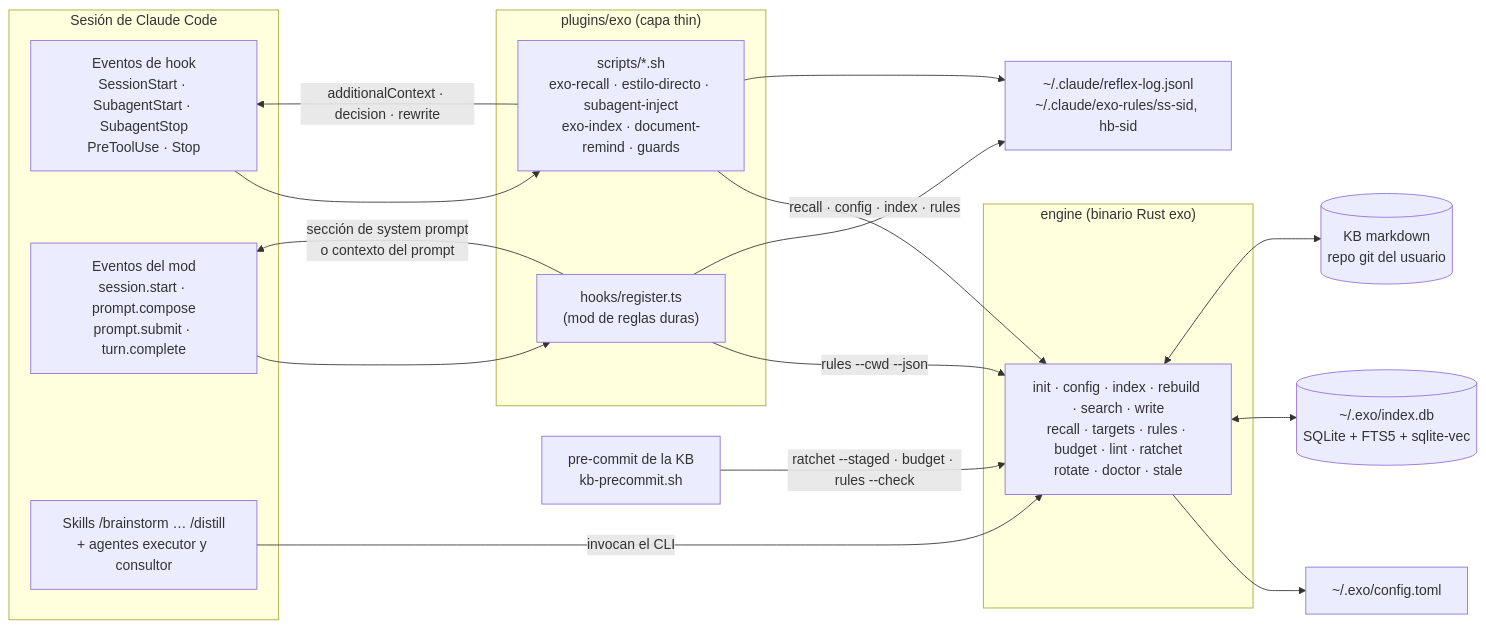
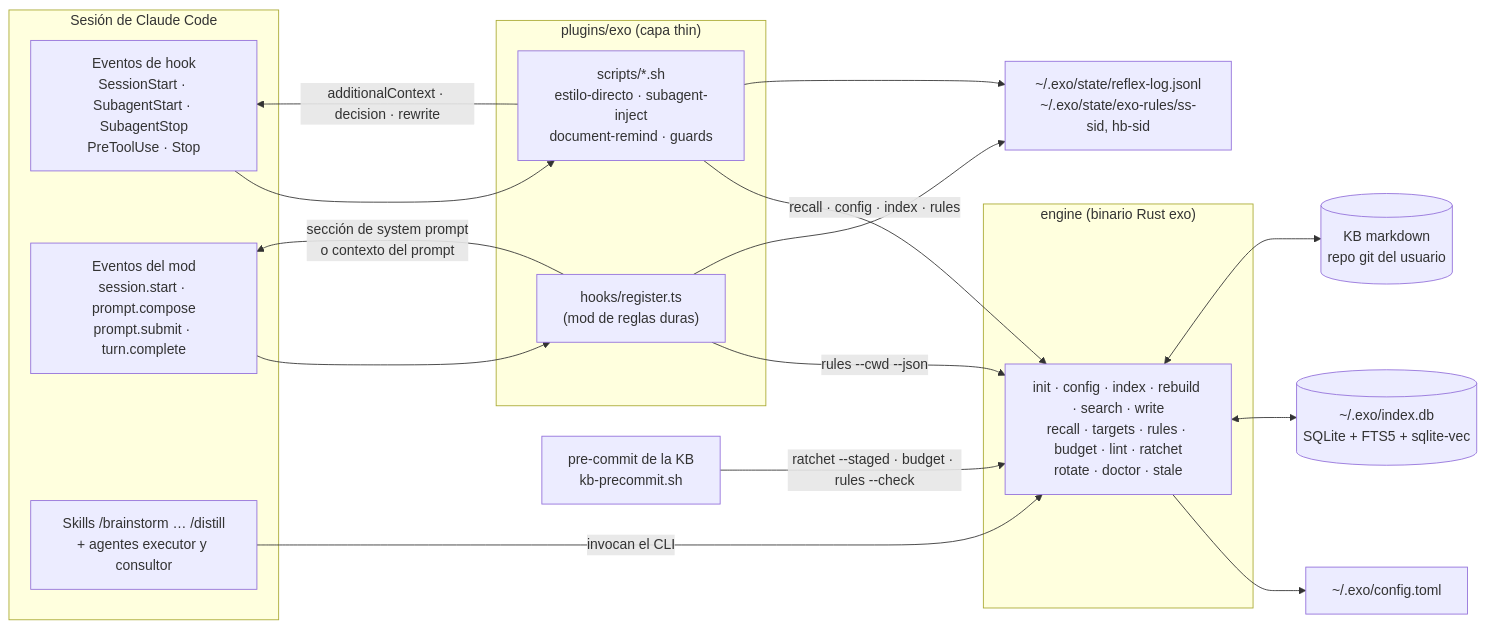
One commit to pguerrerolinares/exo changed the first of 4 diagrams in docs/arquitectura.md. Above: the diagram before and after it, drawn with Mermaid. The commit also changed other lines of this file and 5 other files, not shown here.

````diff
--- a/docs/arquitectura.md
+++ b/docs/arquitectura.md
@@ -48,34 +48,34 @@
 ```mermaid
 flowchart LR
     subgraph agente["Sesión de Claude Code"]
         EV["Eventos de hook<br/>SessionStart · SubagentStart · SubagentStop<br/>PreToolUse · Stop"]
         MODEV["Eventos del mod<br/>session.start · prompt.compose<br/>prompt.submit · turn.complete"]
         SKILLS["Skills /brainstorm … /distill<br/>+ agentes executor y consultor"]
     end
     subgraph thin["plugins/exo (capa thin)"]
-        SH["scripts/*.sh<br/>exo-recall · estilo-directo · subagent-inject<br/>exo-index · document-remind · guards"]
+        SH["scripts/*.sh<br/>estilo-directo · subagent-inject<br/>document-remind · guards"]
         MOD["hooks/register.ts<br/>(mod de reglas duras)"]
     end
     subgraph engine["engine (binario Rust exo)"]
         CLI["init · config · index · rebuild · search · write<br/>recall · targets · rules · budget · lint · ratchet<br/>rotate · doctor · stale"]
     end
     DB[("~/.exo/index.db<br/>SQLite + FTS5 + sqlite-vec")]
     KB[("KB markdown<br/>repo git del usuario")]
     CFG["~/.exo/config.toml"]
     PRE["pre-commit de la KB<br/>kb-precommit.sh"]
-    LOG["~/.claude/reflex-log.jsonl<br/>~/.claude/exo-rules/ss-sid, hb-sid"]
+    LOG["~/.exo/state/reflex-log.jsonl<br/>~/.exo/state/exo-rules/ss-sid, hb-sid"]
 
     EV --> SH
     MODEV --> MOD
     SKILLS -->|"invocan el CLI"| CLI
     SH -->|"recall · config · index · rules"| CLI
     MOD -->|"rules --cwd --json"| CLI
     PRE -->|"ratchet --staged · budget · rules --check"| CLI
     CLI --> CFG
     CLI <--> DB
     CLI <--> KB
     SH -->|"additionalContext · decision · rewrite"| EV
     MOD -->|"sección de system prompt<br/>o contexto del prompt"| MODEV
     SH --> LOG
     MOD --> LOG
 ```
````
